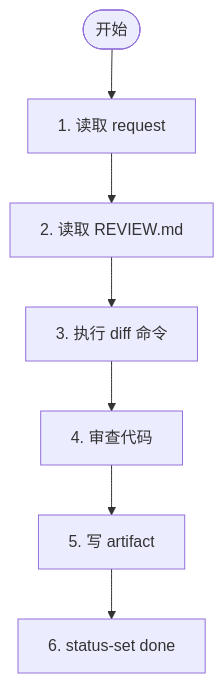
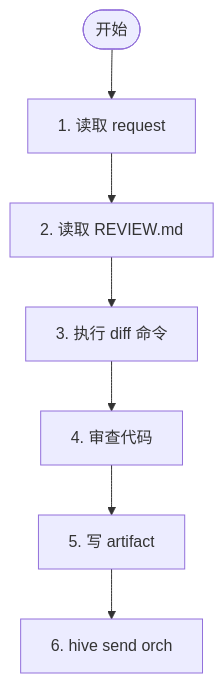
One commit to ryanflavor/hive changed the diagram in src/hive/plugins/code-review/skills/code-review/stages/1-review-reviewer.md. Above: the diagram before and after it, drawn with Mermaid. The commit also changed other lines of this file and 7 other files, not shown here.

First line of the commit message:
refactor: message-driven code-review, replace status polling with hive send

````diff
--- a/src/hive/plugins/code-review/skills/code-review/stages/1-review-reviewer.md
+++ b/src/hive/plugins/code-review/skills/code-review/stages/1-review-reviewer.md
@@ -7,9 +7,9 @@
 ```mermaid
 flowchart TD
     Start([开始]) --> S1[1. 读取 request]
     S1 --> S2[2. 读取 REVIEW.md]
     S2 --> S3[3. 执行 diff 命令]
     S3 --> S4[4. 审查代码]
     S4 --> S5[5. 写 artifact]
-    S5 --> S6[6. status-set done]
+    S5 --> S6[6. hive send orch]
 ```
````
